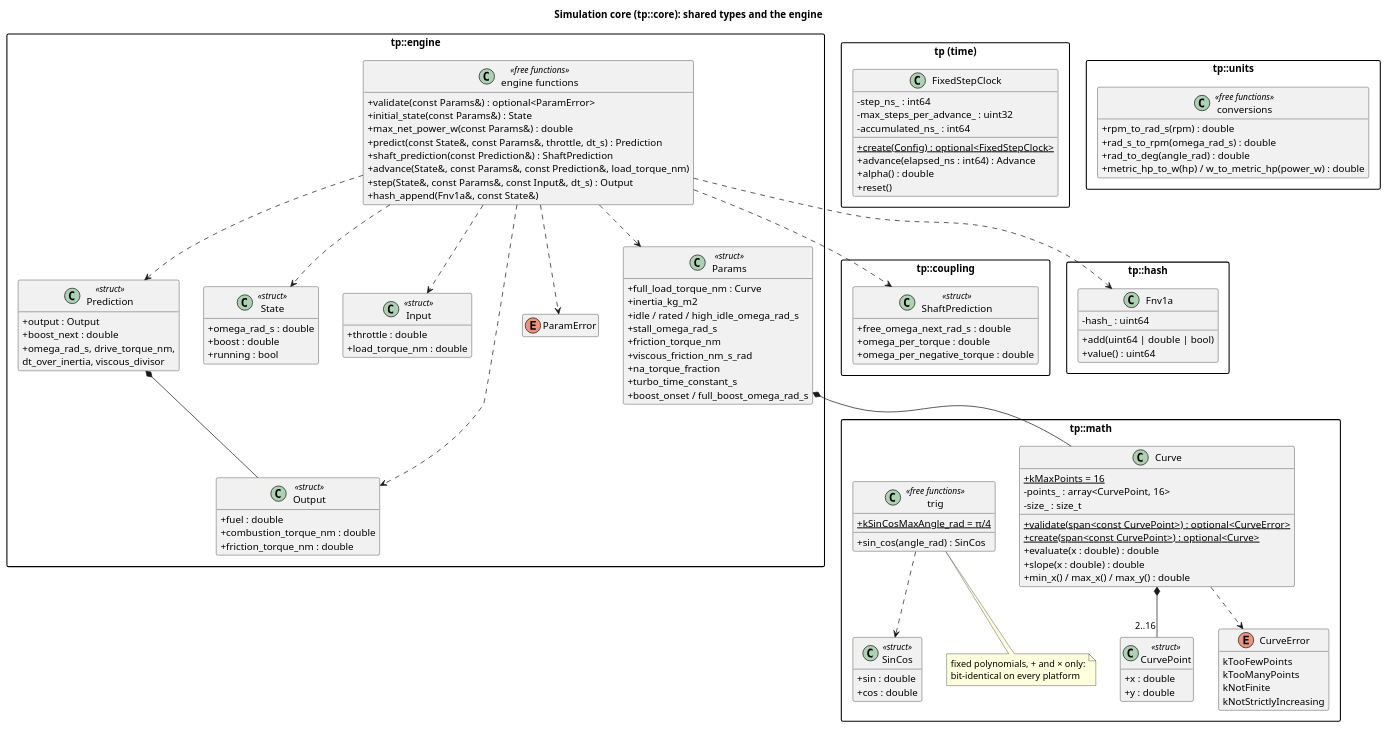
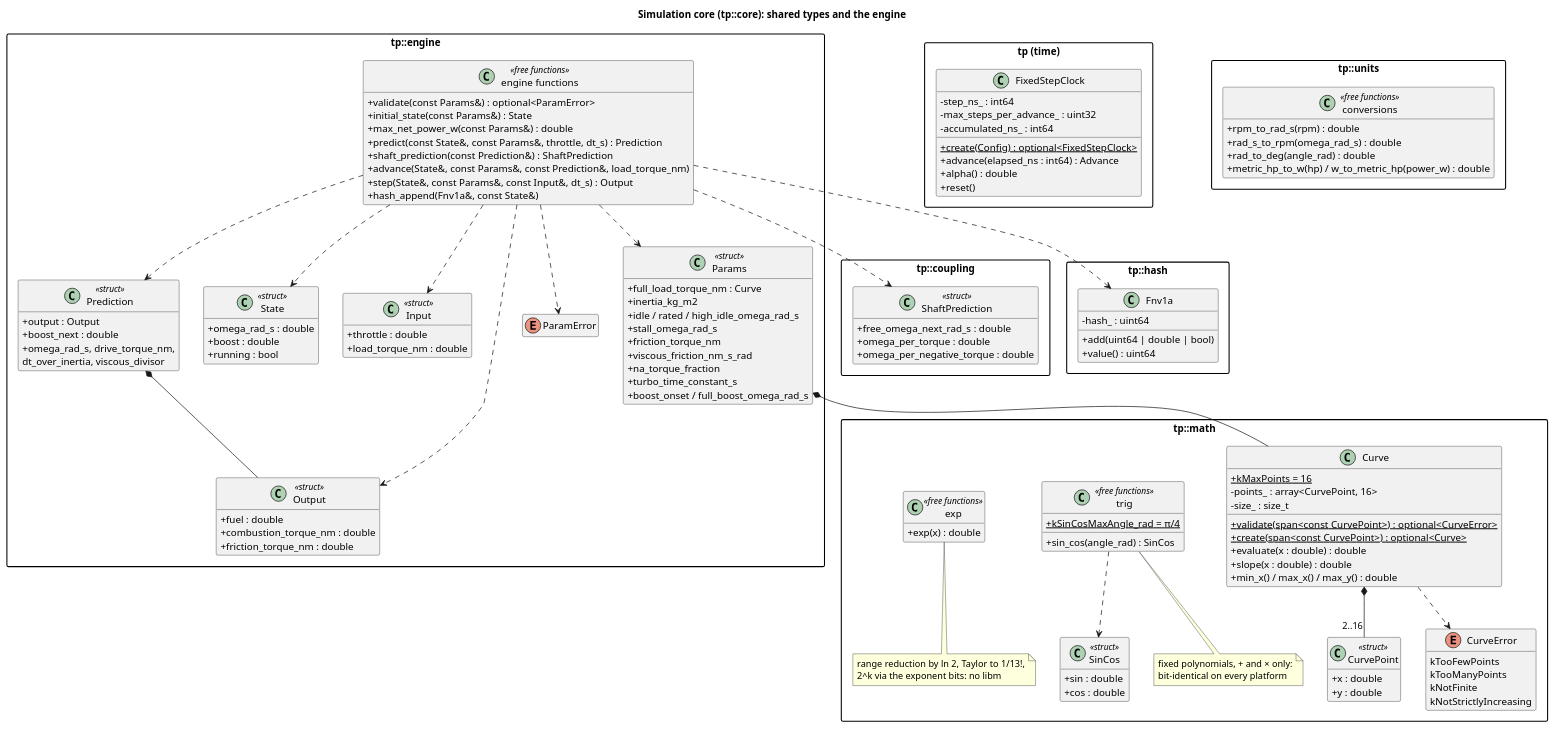
Before and after one commit to wversteeg/TractorPulling: the diagram in docs/diagrams/core_classes.puml, drawn with PlantUML. The commit also changed 52 other files, not shown here.

```diff
--- a/docs/diagrams/core_classes.puml
+++ b/docs/diagrams/core_classes.puml
@@ -1,139 +1,146 @@
 @startuml core_classes
 title Simulation core (tp::core): shared types and the engine
 hide empty members
 skinparam packageStyle rectangle
 skinparam classAttributeIconSize 0
 
   package "tp::coupling" {
     class ShaftPrediction <<struct>> {
       +free_omega_next_rad_s : double
       +omega_per_torque : double
       +omega_per_negative_torque : double
     }
   }
 
   package "tp::math" {
     class CurvePoint <<struct>> {
       +x : double
       +y : double
     }
     enum CurveError {
       kTooFewPoints
       kTooManyPoints
       kNotFinite
       kNotStrictlyIncreasing
     }
     class Curve {
       +{static} kMaxPoints = 16
       -points_ : array<CurvePoint, 16>
       -size_ : size_t
       +{static} validate(span<const CurvePoint>) : optional<CurveError>
       +{static} create(span<const CurvePoint>) : optional<Curve>
       +evaluate(x : double) : double
       +slope(x : double) : double
       +min_x() / max_x() / max_y() : double
     }
     Curve *-- "2..16" CurvePoint
     Curve ..> CurveError
     class SinCos <<struct>> {
       +sin : double
       +cos : double
     }
     class "trig" as Trig <<free functions>> {
       +{static} kSinCosMaxAngle_rad = π/4
       +sin_cos(angle_rad) : SinCos
     }
     Trig ..> SinCos
     note bottom of Trig
       fixed polynomials, + and × only:
       bit-identical on every platform
+    end note
+    class "exp" as Exp <<free functions>> {
+      +exp(x) : double
+    }
+    note bottom of Exp
+      range reduction by ln 2, Taylor to 1/13!,
+      2^k via the exponent bits: no libm
     end note
   }
 
   package "tp::engine" {
     class Params <<struct>> {
       +full_load_torque_nm : Curve
       +inertia_kg_m2
       +idle / rated / high_idle_omega_rad_s
       +stall_omega_rad_s
       +friction_torque_nm
       +viscous_friction_nm_s_rad
       +na_torque_fraction
       +turbo_time_constant_s
       +boost_onset / full_boost_omega_rad_s
     }
     class State <<struct>> {
       +omega_rad_s : double
       +boost : double
       +running : bool
     }
     class Input <<struct>> {
       +throttle : double
       +load_torque_nm : double
     }
     class Output <<struct>> {
       +fuel : double
       +combustion_torque_nm : double
       +friction_torque_nm : double
     }
     enum ParamError
     class Prediction <<struct>> {
       +output : Output
       +boost_next : double
       +omega_rad_s, drive_torque_nm,
        dt_over_inertia, viscous_divisor
     }
     class "engine functions" as EngineFns <<free functions>> {
       +validate(const Params&) : optional<ParamError>
       +initial_state(const Params&) : State
       +max_net_power_w(const Params&) : double
       +predict(const State&, const Params&, throttle, dt_s) : Prediction
       +shaft_prediction(const Prediction&) : ShaftPrediction
       +advance(State&, const Params&, const Prediction&, load_torque_nm)
       +step(State&, const Params&, const Input&, dt_s) : Output
       +hash_append(Fnv1a&, const State&)
     }
     Prediction *-- Output
     EngineFns ..> Prediction
     Params *-- Curve
     EngineFns ..> Params
     EngineFns ..> State
     EngineFns ..> Input
     EngineFns ..> Output
     EngineFns ..> ParamError
   }
 
 
   EngineFns ..> ShaftPrediction
 
   package "tp::hash" {
     class Fnv1a {
       -hash_ : uint64
       +add(uint64 | double | bool)
       +value() : uint64
     }
   }
   EngineFns ..> Fnv1a
 
   package "tp (time)" {
     class FixedStepClock {
       -step_ns_ : int64
       -max_steps_per_advance_ : uint32
       -accumulated_ns_ : int64
       +{static} create(Config) : optional<FixedStepClock>
       +advance(elapsed_ns : int64) : Advance
       +alpha() : double
       +reset()
     }
   }
 
   package "tp::units" {
     class "conversions" as Units <<free functions>> {
       +rpm_to_rad_s(rpm) : double
       +rad_s_to_rpm(omega_rad_s) : double
       +rad_to_deg(angle_rad) : double
       +metric_hp_to_w(hp) / w_to_metric_hp(power_w) : double
     }
   }
 
 @enduml
```
